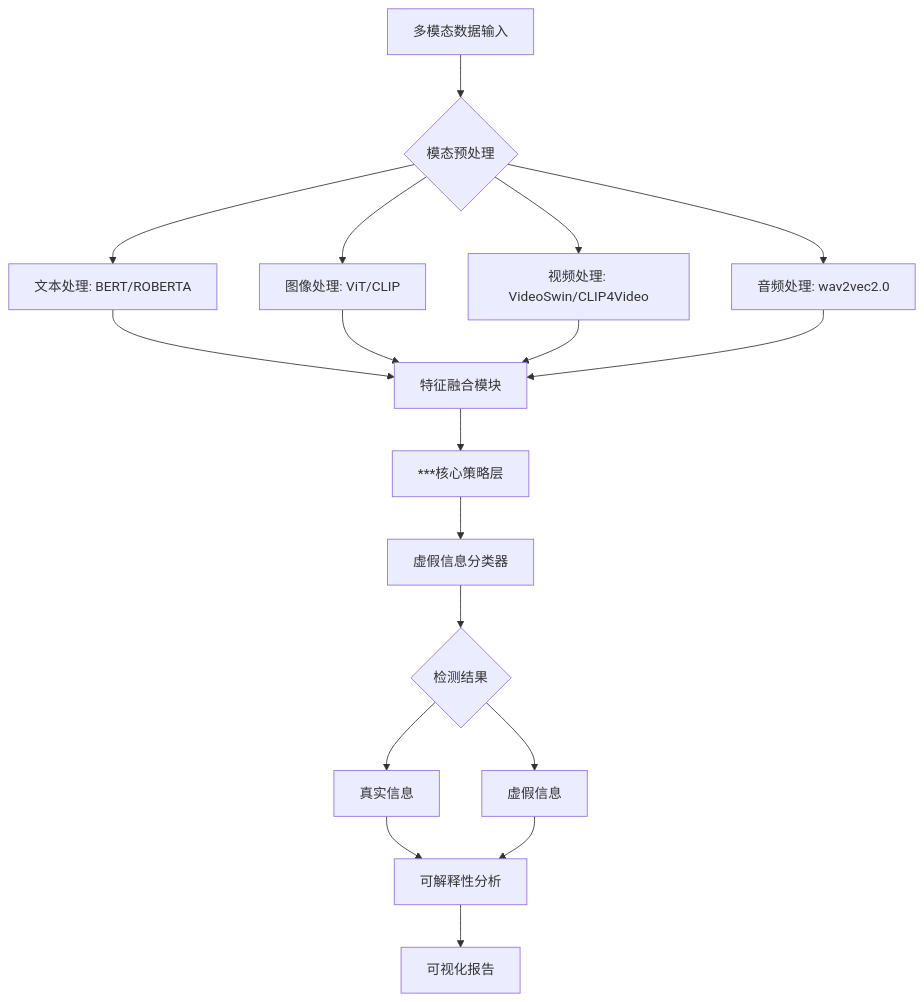
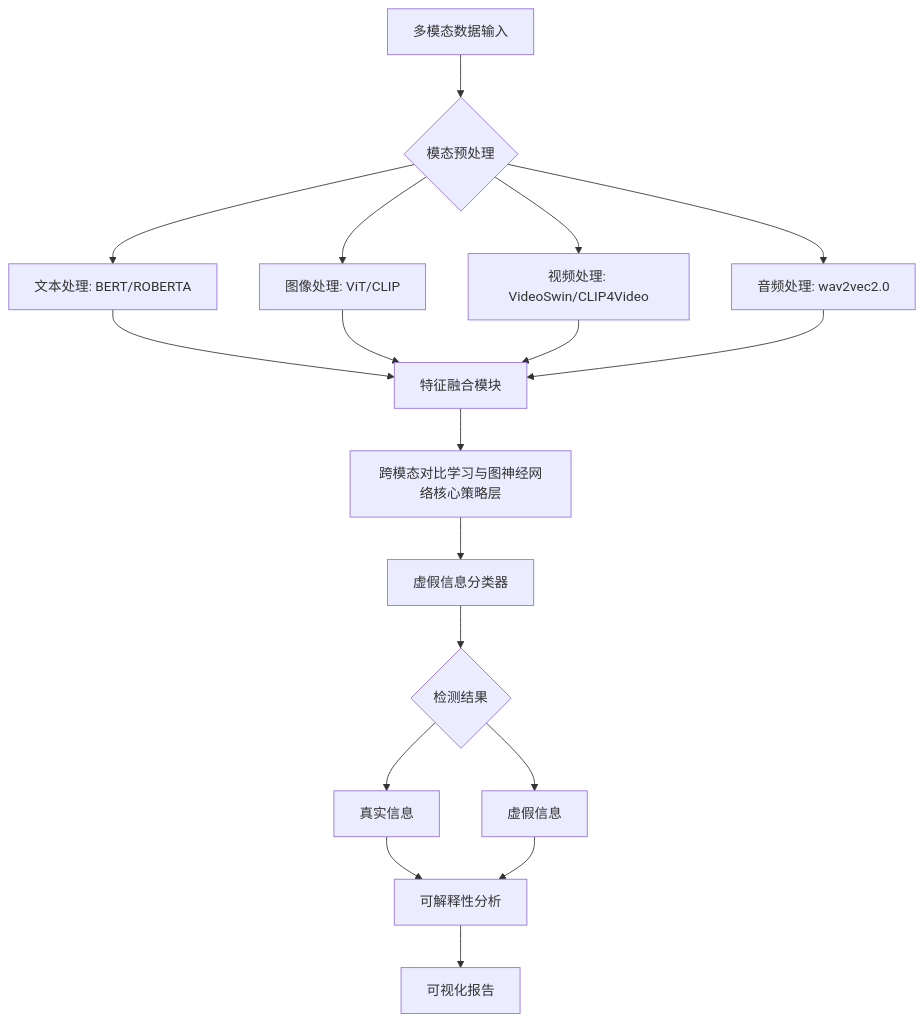
The diagram in README.md (Nemophilistsoda/Faketection_with_NLP), drawn with Mermaid before and after one commit. The commit also changed other lines of this file and 6 other files, not shown here.

````diff
--- a/README.md
+++ b/README.md
@@ -17,16 +40,16 @@
 ```mermaid  
 graph TD  
     A[多模态数据输入] --> B{模态预处理}  
     B --> B1[文本处理: BERT/ROBERTA]  
     B --> B2[图像处理: ViT/CLIP]  
     B --> B3[视频处理: VideoSwin/CLIP4Video]  
     B --> B4[音频处理: wav2vec2.0]  
     B1 & B2 & B3 & B4 --> C[特征融合模块]  
-    C --> D[***核心策略层]  
+    C --> D[跨模态对比学习与图神经网络核心策略层]  
     D --> E[虚假信息分类器]  
     E --> F{检测结果}  
     F --> G[真实信息]  
     F --> H[虚假信息]  
     G & H --> I[可解释性分析]  
     I --> J[可视化报告]  
 ```  
````
